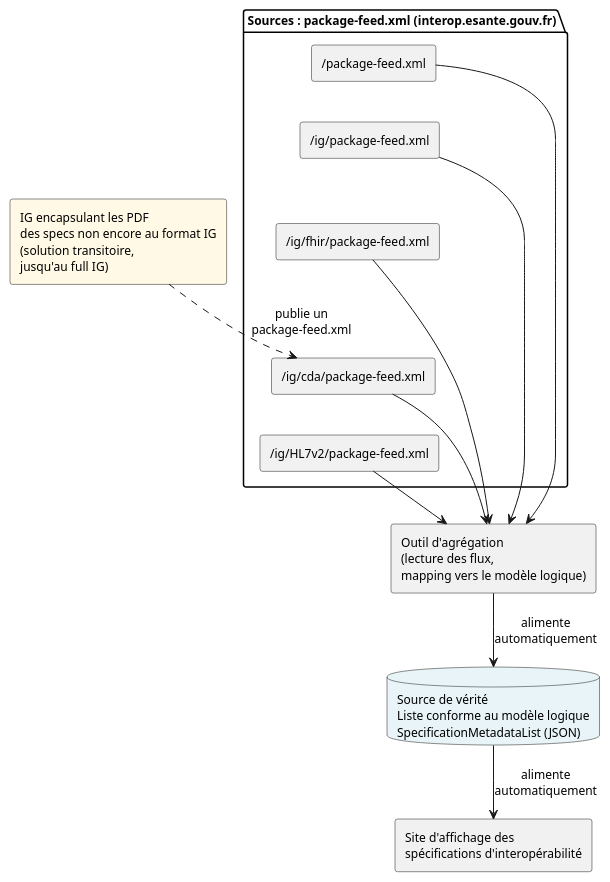
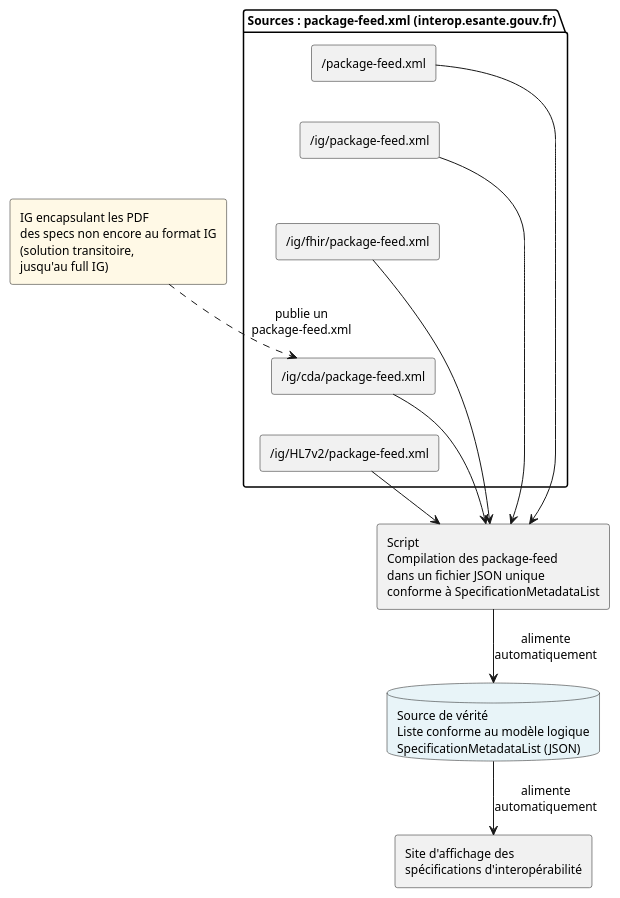
The diagram in input/images-source/flux-alimentation.plantuml (nriss/metadata-interop-catalog), drawn with PlantUML before and after one commit. The commit also changed 1 other file, not shown here.

Commit message:
Schéma : script de compilation des package-feed en un JSON unique conforme à SpecificationMetadataList

```diff
--- a/input/images-source/flux-alimentation.plantuml
+++ b/input/images-source/flux-alimentation.plantuml
@@ -1,37 +1,37 @@
 @startuml flux-alimentation
 skinparam shadowing false
 skinparam defaultFontSize 12
 skinparam nodesep 15
 skinparam ranksep 40
 scale max 700 width
 
 package "Sources : package-feed.xml (interop.esante.gouv.fr)" as sources {
   rectangle "/package-feed.xml" as feed_root
   rectangle "/ig/package-feed.xml" as feed_ig
   rectangle "/ig/fhir/package-feed.xml" as feed_fhir
   rectangle "/ig/cda/package-feed.xml" as feed_cda
   rectangle "/ig/HL7v2/package-feed.xml" as feed_hl7v2
 }
 
 feed_root -[hidden]down-> feed_ig
 feed_ig -[hidden]down-> feed_fhir
 feed_fhir -[hidden]down-> feed_cda
 feed_cda -[hidden]down-> feed_hl7v2
 
 rectangle "IG encapsulant les PDF\ndes specs non encore au format IG\n(solution transitoire,\njusqu'au full IG)" as ig_pdf #fff9e6
 
-rectangle "Outil d'agrégation\n(lecture des flux,\nmapping vers le modèle logique)" as tool
+rectangle "Script\nCompilation des package-feed\ndans un fichier JSON unique\nconforme à SpecificationMetadataList" as tool
 
 database "Source de vérité\nListe conforme au modèle logique\nSpecificationMetadataList (JSON)" as truth #e8f4f8
 
 rectangle "Site d'affichage des\nspécifications d'interopérabilité" as site
 
 ig_pdf ..> feed_cda : publie un\npackage-feed.xml
 feed_root --> tool
 feed_ig --> tool
 feed_fhir --> tool
 feed_cda --> tool
 feed_hl7v2 --> tool
 tool --> truth : alimente\nautomatiquement
 truth --> site : alimente\nautomatiquement
 @enduml
```
